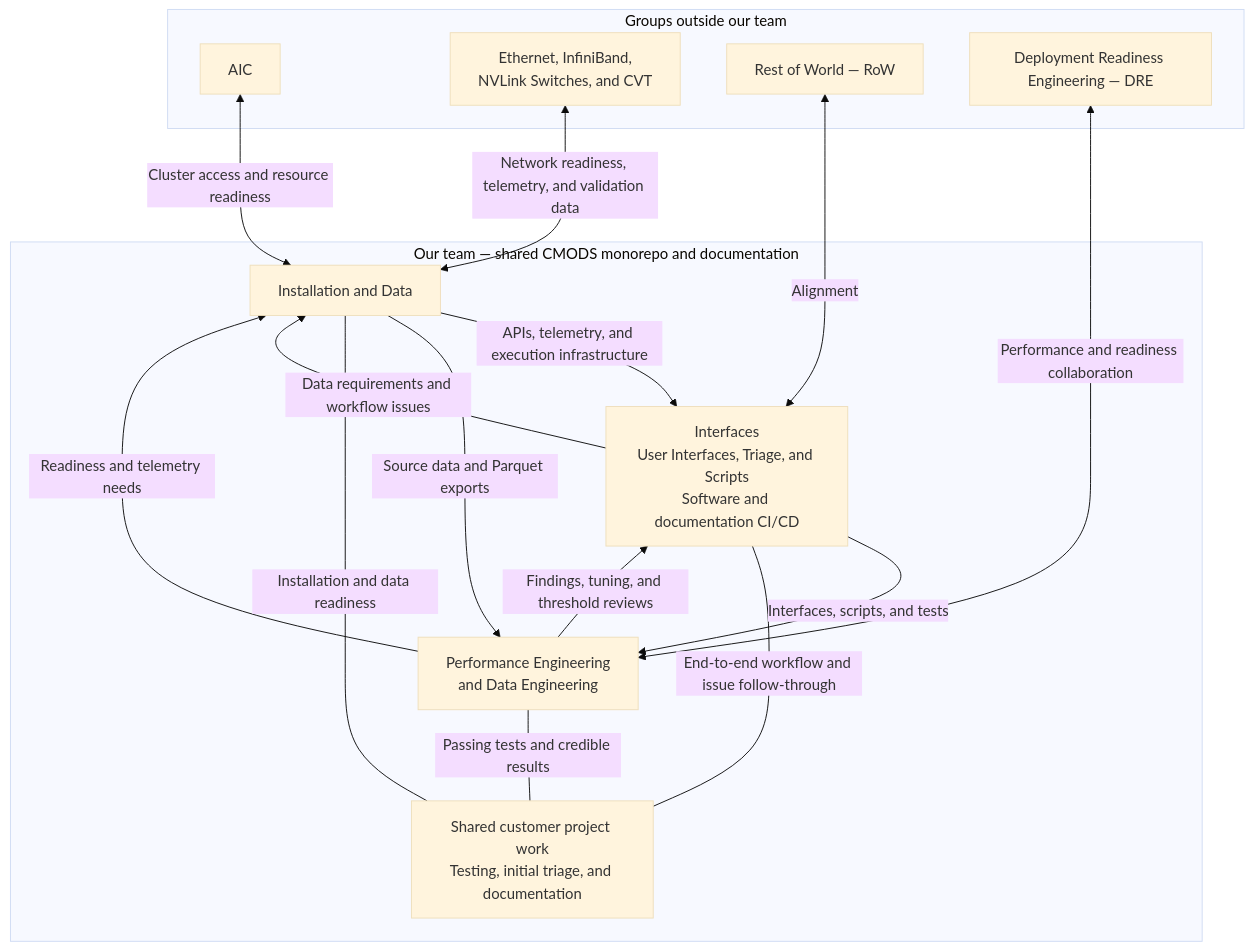
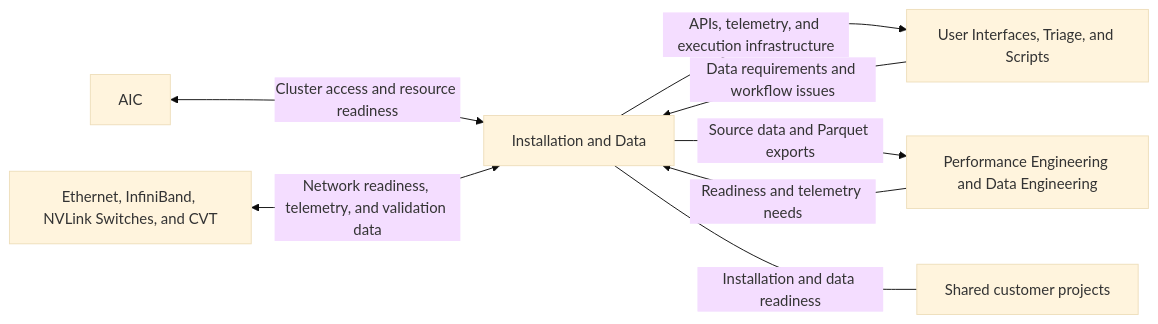
Before and after one commit to dfwguy/validation: the first of 3 diagrams in team_map.md, drawn with Mermaid (base theme). The commit also changed other lines of this file, not shown here.

Commit message:
Made smaller flowcharts

````diff
--- a/team_map.md
+++ b/team_map.md
@@ -13,31 +87,16 @@
 ```mermaid
-flowchart TB
-    subgraph team["Our team — shared CMODS monorepo and documentation"]
-        install["Installation and Data"]
-        interfaces["Interfaces<br/>User Interfaces, Triage, and Scripts<br/>Software and documentation CI/CD"]
-        performance["Performance Engineering<br/>and Data Engineering"]
-        projects["Shared customer project work<br/>Testing, initial triage, and documentation"]
-
-        install -->|"APIs, telemetry, and execution infrastructure"| interfaces
-        interfaces -->|"Data requirements and workflow issues"| install
-        install -->|"Source data and Parquet exports"| performance
-        performance -->|"Readiness and telemetry needs"| install
-        interfaces -->|"Interfaces, scripts, and tests"| performance
-        performance -->|"Findings, tuning, and threshold reviews"| interfaces
-        install ---|"Installation and data readiness"| projects
-        interfaces ---|"End-to-end workflow and issue follow-through"| projects
-        performance ---|"Passing tests and credible results"| projects
-    end
-
-    subgraph external["Groups outside our team"]
-        aic["AIC"]
-        nvis["Ethernet, InfiniBand,<br/>NVLink Switches, and CVT"]
-        row["Rest of World — RoW"]
-        dre["Deployment Readiness Engineering — DRE"]
-    end
-
-    aic <-->|"Cluster access and resource readiness"| install
-    nvis <-->|"Network readiness, telemetry, and validation data"| install
-    row <-->|"Alignment"| interfaces
-    dre <-->|"Performance and readiness collaboration"| performance
+flowchart LR
+    team["Installation and Data"]
+    interfaces["User Interfaces, Triage, and Scripts"]
+    performance["Performance Engineering and Data Engineering"]
+    projects["Shared customer projects"]
+    aic["AIC"]
+    nvis["Ethernet, InfiniBand, NVLink Switches, and CVT"]
+    team -->|"APIs, telemetry, and execution infrastructure"| interfaces
+    interfaces -->|"Data requirements and workflow issues"| team
+    team -->|"Source data and Parquet exports"| performance
+    performance -->|"Readiness and telemetry needs"| team
+    team ---|"Installation and data readiness"| projects
+    aic <-->|"Cluster access and resource readiness"| team
+    nvis <-->|"Network readiness, telemetry, and validation data"| team
 ```
````
